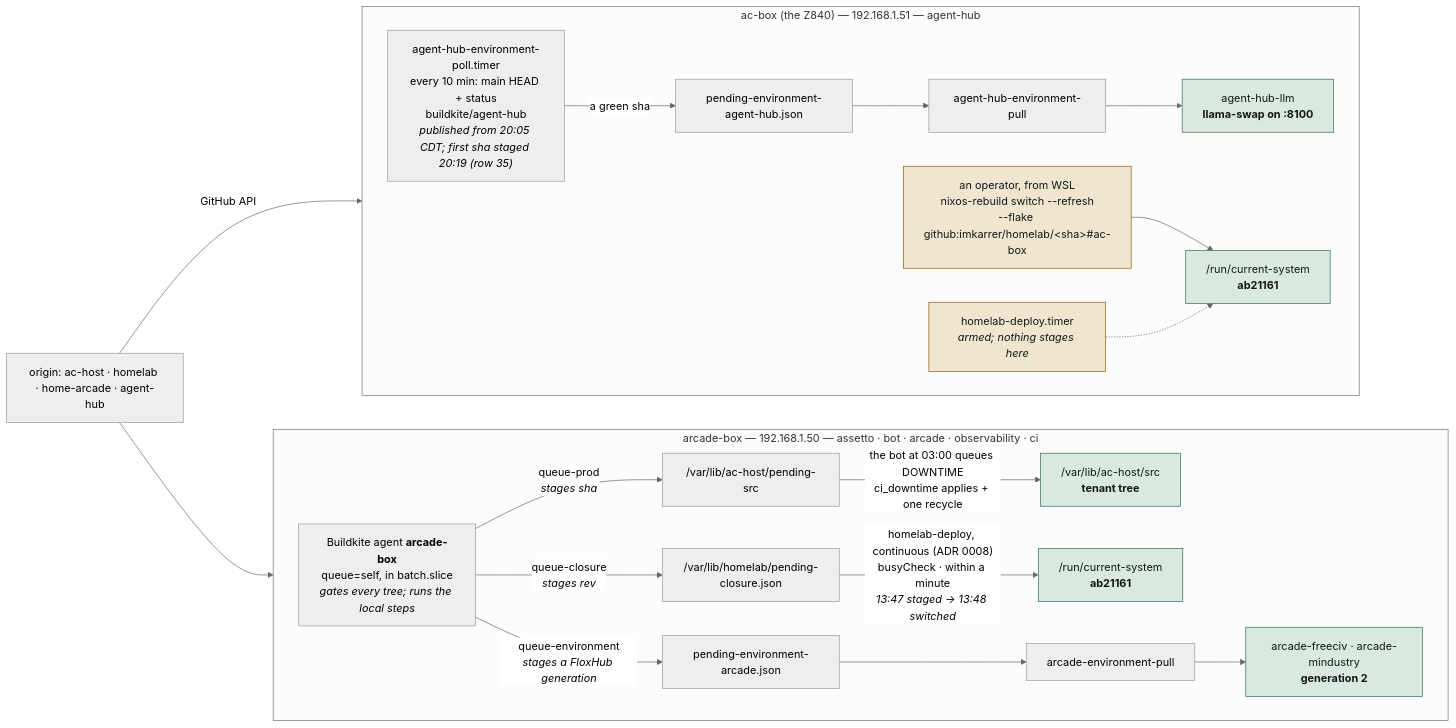
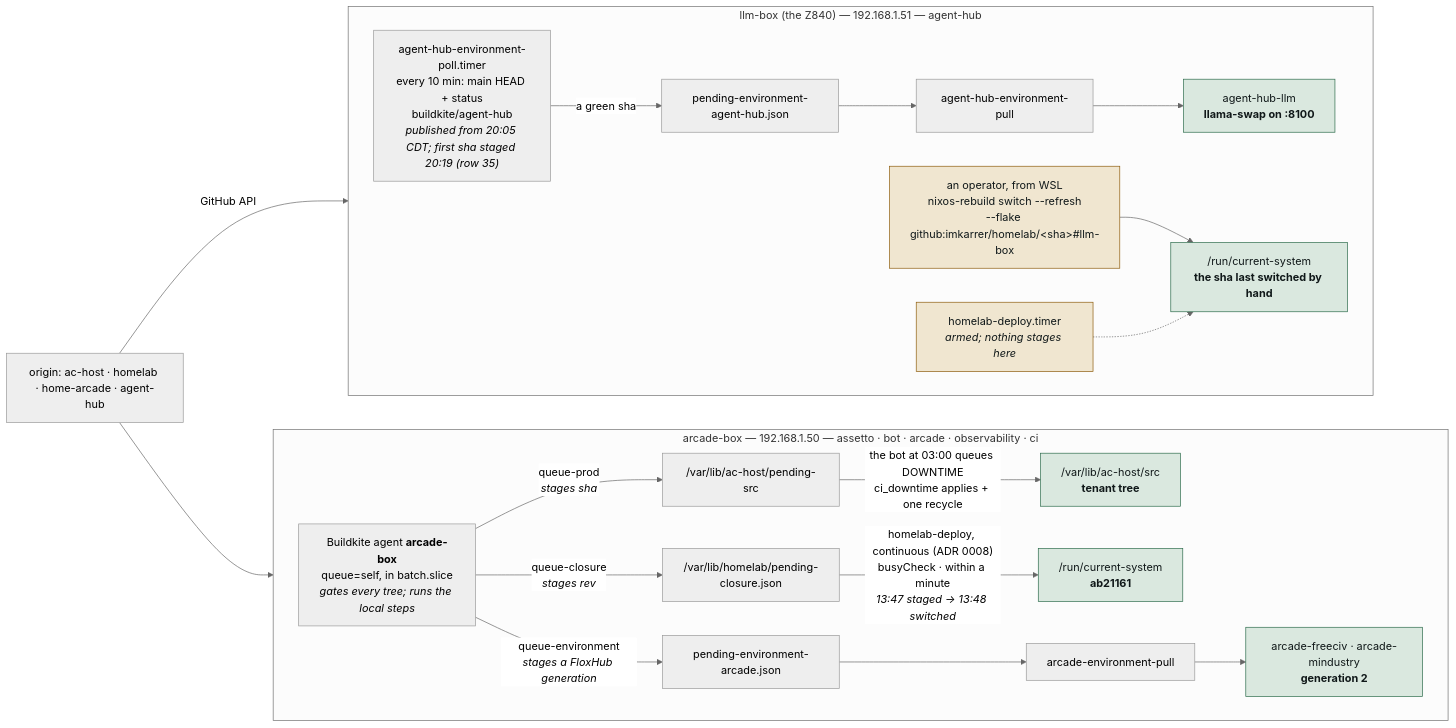
The second of 5 diagrams in docs/architecture.md (imkarrer/homelab), drawn with Mermaid (neutral theme) before and after one commit. The commit also changed other lines of this file and 36 other files, not shown here.

````diff
--- a/docs/architecture.md
+++ b/docs/architecture.md
@@ -71,30 +73,30 @@
 ```mermaid
 flowchart LR
     subgraph ARC ["arcade-box — 192.168.1.50 — assetto · bot · arcade · observability · ci"]
         direction LR
         AG["Buildkite agent <b>arcade-box</b><br/>queue=self, in batch.slice<br/><i>gates every tree; runs the local steps</i>"]
         AG -- "queue-prod<br/><i>stages sha</i>" --> A4["/var/lib/ac-host/pending-src"]
         A4 -- "the bot at 03:00 queues DOWNTIME<br/>ci_downtime applies + one recycle" --> A6["/var/lib/ac-host/src<br/><b>tenant tree</b>"]
         AG -- "queue-closure<br/><i>stages rev</i>" --> B4["/var/lib/homelab/pending-closure.json"]
         B4 -- "homelab-deploy, continuous (ADR 0008)<br/>busyCheck · within a minute<br/><i>13:47 staged → 13:48 switched</i>" --> B6["/run/current-system<br/><b>ab21161</b>"]
         AG -- "queue-environment<br/><i>stages a FloxHub generation</i>" --> C4["pending-environment-arcade.json"]
         C4 --> C5["arcade-environment-pull"] --> C6["arcade-freeciv · arcade-mindustry<br/><b>generation 2</b>"]
     end
 
-    subgraph Z ["ac-box (the Z840) — 192.168.1.51 — agent-hub"]
+    subgraph Z ["llm-box (the Z840) — 192.168.1.51 — agent-hub"]
         direction LR
         D4["agent-hub-environment-poll.timer<br/>every 10 min: main HEAD + status<br/>buildkite/agent-hub<br/><i>published from 20:05 CDT; first sha staged 20:19 (row 35)</i>"]
         D4 -- "a green sha" --> D5["pending-environment-agent-hub.json"]
         D5 --> D6["agent-hub-environment-pull"] --> D7["agent-hub-llm<br/><b>llama-swap on :8100</b>"]
-        OP["an operator, from WSL<br/>nixos-rebuild switch --refresh<br/>--flake github:imkarrer/homelab/&lt;sha&gt;#ac-box"] --> Z6["/run/current-system<br/><b>ab21161</b>"]
+        OP["an operator, from WSL<br/>nixos-rebuild switch --refresh<br/>--flake github:imkarrer/homelab/&lt;sha&gt;#llm-box"] --> Z6["/run/current-system<br/><b>the sha last switched by hand</b>"]
         ZT["homelab-deploy.timer<br/><i>armed; nothing stages here</i>"] -.-> Z6
     end
 
     ORIGIN["origin: ac-host · homelab · home-arcade · agent-hub"] --> AG
     ORIGIN -- "GitHub API" --> D4
 
     classDef ok fill:#dae8df,stroke:#2c6b4b,color:#101819;
     classDef hand fill:#f0e6d0,stroke:#8d5c0c,color:#101819;
     class A6,B6,C6,D7,Z6 ok;
     class OP,ZT hand;
 ```
````
